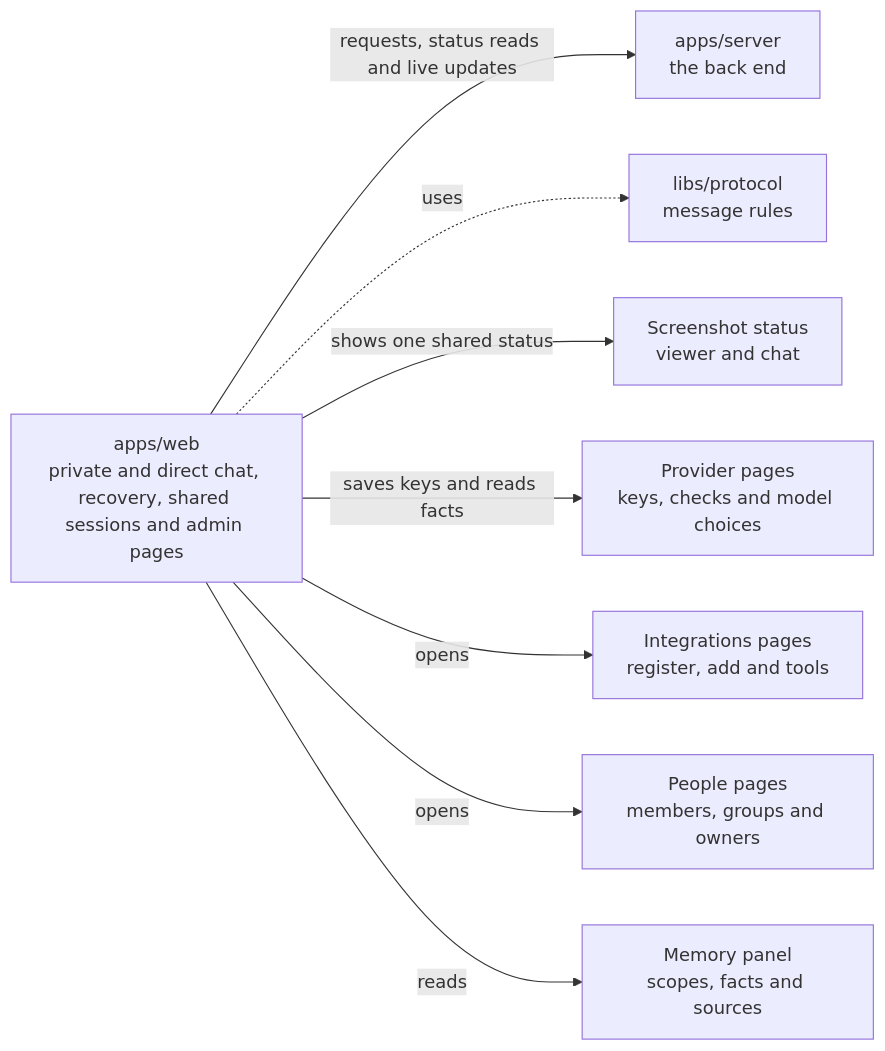
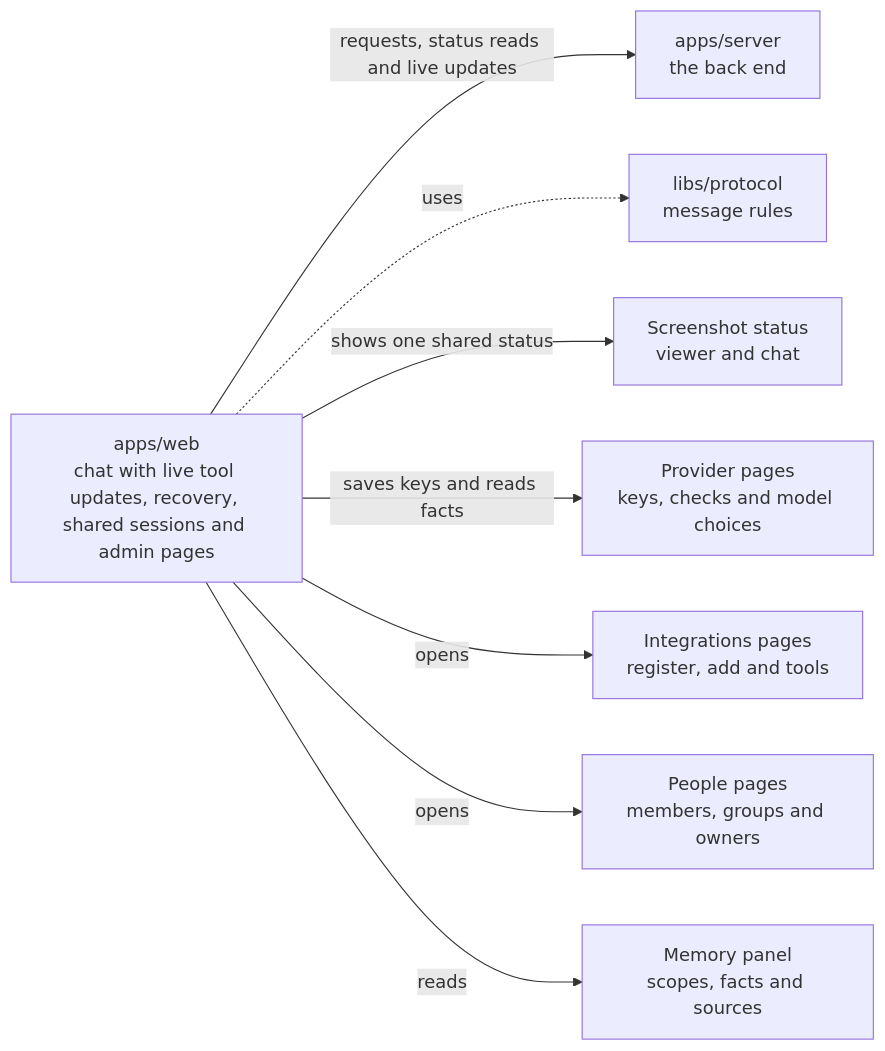
The diagram in apps/web/README.md (elewa-git/opencrane-new), drawn with Mermaid before and after one commit. The commit also changed other lines of this file and 67 other files, not shown here.

Commit message:
🛠️ Keep tool activity current in chat

````diff
--- a/apps/web/README.md
+++ b/apps/web/README.md
@@ -11,10 +11,10 @@
 ```mermaid
 flowchart LR
-  web["apps/web<br/>private and direct chat, recovery, shared sessions and admin pages"] -->|requests, status reads and live updates| server["apps/server<br/>the back end"]
+  web["apps/web<br/>chat with live tool updates, recovery, shared sessions and admin pages"] -->|requests, status reads and live updates| server["apps/server<br/>the back end"]
   web -.->|uses| protocol["libs/protocol<br/>message rules"]
   web -->|shows one shared status| capture["Screenshot status<br/>viewer and chat"]
   web -->|saves keys and reads facts| providers["Provider pages<br/>keys, checks and model choices"]
   web -->|opens| integrations["Integrations pages<br/>register, add and tools"]
   web -->|opens| people["People pages<br/>members, groups and owners"]
   web -->|reads| memory["Memory panel<br/>scopes, facts and sources"]
 ```
````
